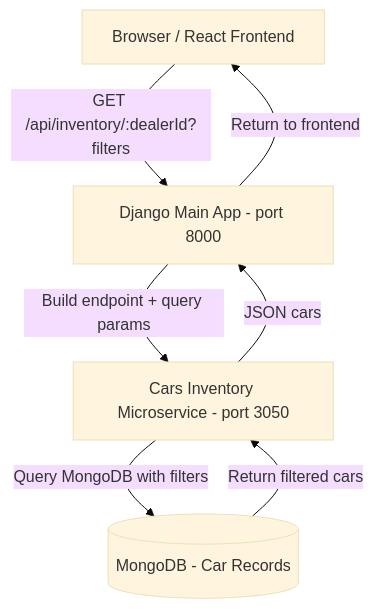
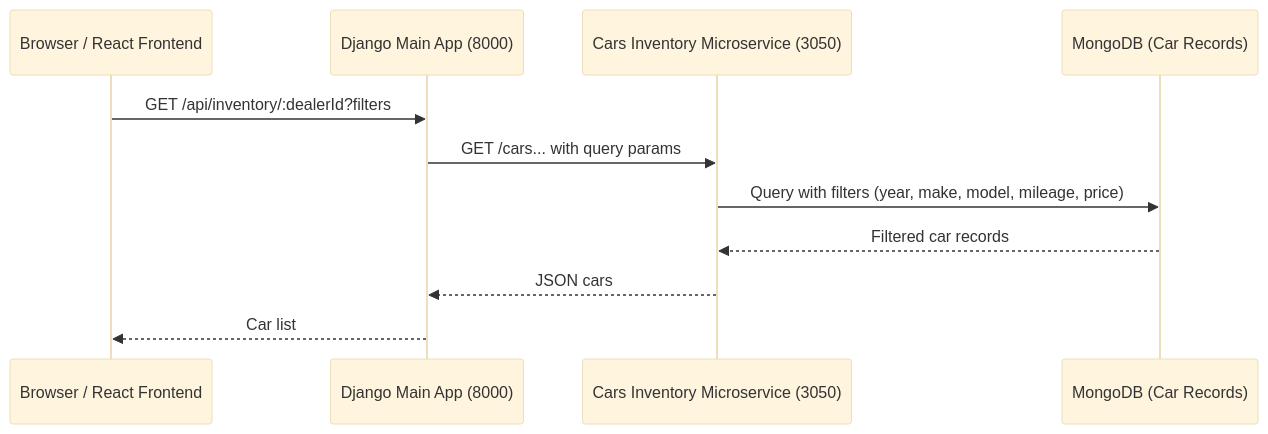
One commit to jvvppereira/xrwvm-fullstack_developer_capstone changed the second of 2 diagrams in README.md. Above: the diagram before and after it, drawn with Mermaid (base theme). The commit also changed other lines of this file, not shown here.

Commit message:
Update architecture flow diagrams to sequence diagrams for dealer reviews and car inventory

````diff
--- a/README.md
+++ b/README.md
@@ -93,9 +101,14 @@
 ```mermaid
-flowchart TD
-    A["Browser / React Frontend"] -->|GET /api/inventory/:dealerId?filters| B["Django Main App - port 8000"]
-    B -->|Build endpoint + query params| C["Cars Inventory Microservice - port 3050"]
-    C -->|Query MongoDB with filters| D[("MongoDB - Car Records")]
-    D -->|Return filtered cars| C
-    C -->|JSON cars| B
-    B -->|Return to frontend| A
+sequenceDiagram
+    participant FE as Browser / React Frontend
+    participant DJ as Django Main App (8000)
+    participant CI as Cars Inventory Microservice (3050)
+    participant MDB as MongoDB (Car Records)
+
+    FE->>DJ: GET /api/inventory/:dealerId?filters
+    DJ->>CI: GET /cars... with query params
+    CI->>MDB: Query with filters (year, make, model, mileage, price)
+    MDB-->>CI: Filtered car records
+    CI-->>DJ: JSON cars
+    DJ-->>FE: Car list
 ```
````
